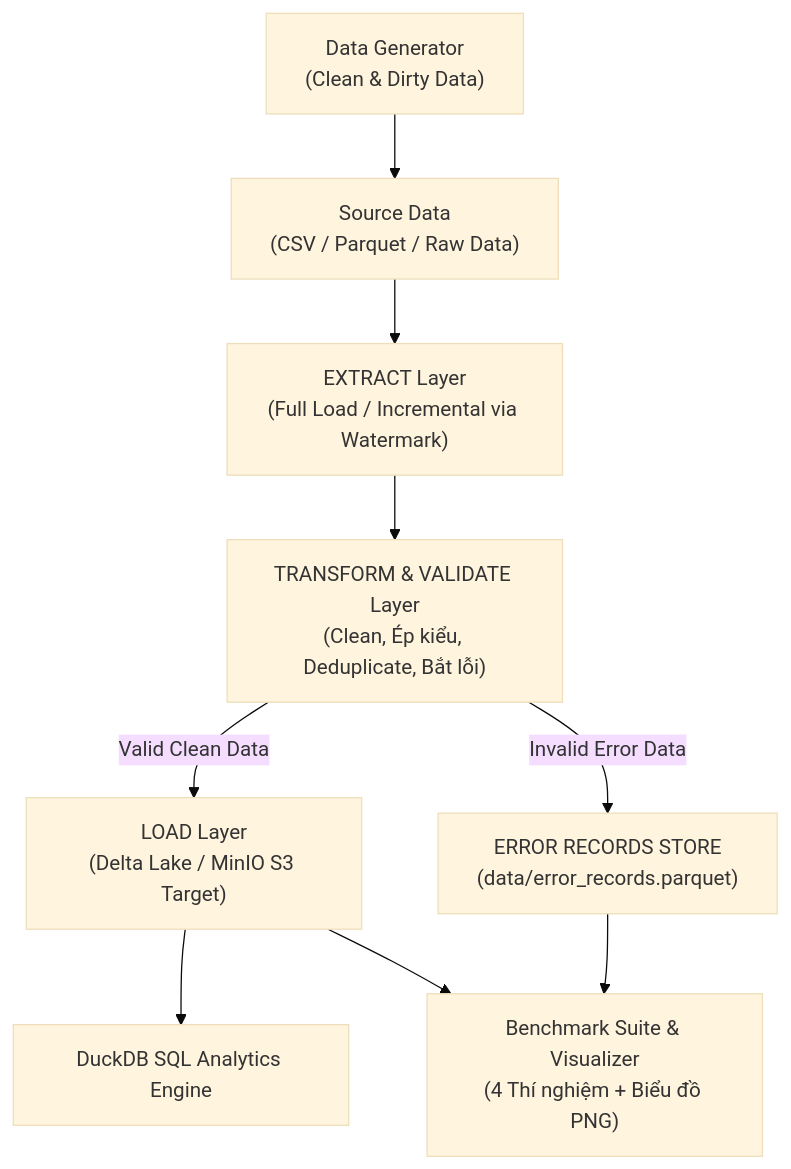
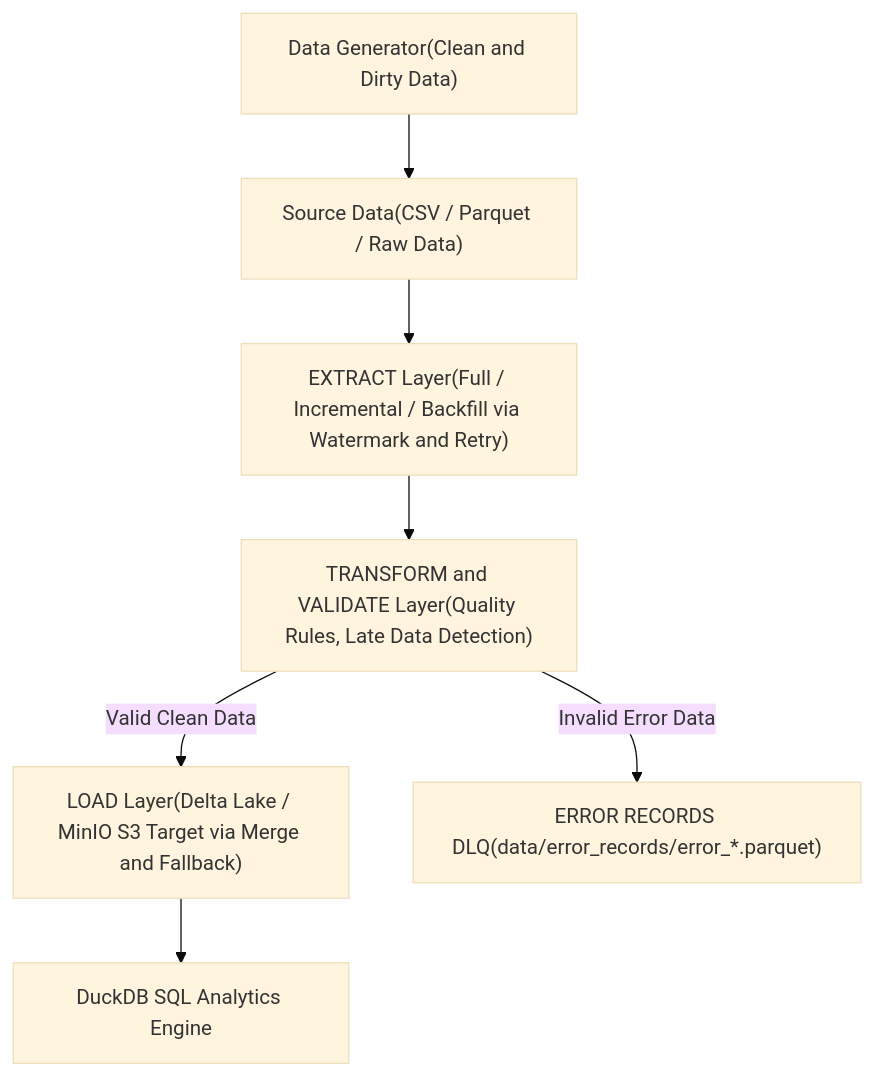
The diagram in README.md (ttt-huong/big-data), drawn with Mermaid (base theme) before and after one commit. The commit also changed other lines of this file and 29 other files, not shown here.

Commit message:
feat: complete architectural fixes, streaming extract, full error validation generator, late data tagging, and benchmark suite sync

````diff
--- a/README.md
+++ b/README.md
@@ -10,12 +21,11 @@
 ```mermaid
 flowchart TD
-    Gen["Data Generator<br/>(Clean & Dirty Data)"] --> Raw["Source Data<br/>(CSV / Parquet / Raw Data)"]
-    Raw --> Ext["EXTRACT Layer<br/>(Full Load / Incremental via Watermark)"]
-    Ext --> Trans["TRANSFORM & VALIDATE Layer<br/>(Clean, Ép kiểu, Deduplicate, Bắt lỗi)"]
-    
-    Trans -->|Valid Clean Data| Load["LOAD Layer<br/>(Delta Lake / MinIO S3 Target)"]
-    Trans -->|Invalid Error Data| ErrStore["ERROR RECORDS STORE<br/>(data/error_records.parquet)"]
-    
+    Gen["Data Generator(Clean and Dirty Data)"] --> Raw["Source Data(CSV / Parquet / Raw Data)"]
+    Raw --> Ext["EXTRACT Layer(Full / Incremental / Backfill via Watermark and Retry)"]
+    Ext --> Trans["TRANSFORM and VALIDATE Layer(Quality Rules, Late Data Detection)"]
+
+    Trans -->|Valid Clean Data| Load["LOAD Layer(Delta Lake / MinIO S3 Target via Merge and Fallback)"]
+    Trans -->|Invalid Error Data| ErrStore["ERROR RECORDS DLQ(data/error_records/error_*.parquet)"]
+
     Load --> Duck["DuckDB SQL Analytics Engine"]
-    Load & ErrStore --> Bench["Benchmark Suite & Visualizer<br/>(4 Thí nghiệm + Biểu đồ PNG)"]
 ```
````
